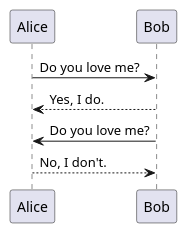
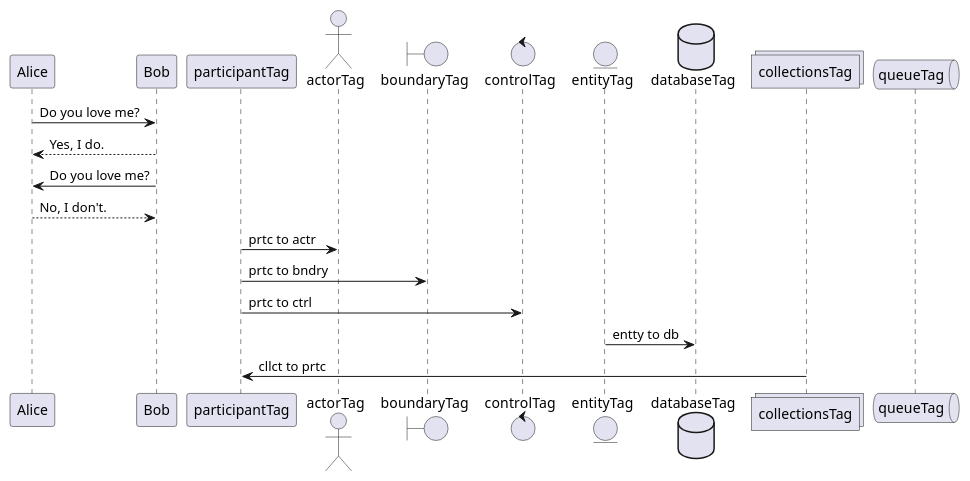
Before and after one commit to communication-engineer-ikz/plant-uml-playground: the diagram in sequence-diagram.pu, drawn with PlantUML.

Commit message:
分類子を使った図を追加

```diff
--- a/sequence-diagram.pu
+++ b/sequence-diagram.pu
@@ -1,7 +1,23 @@
 @startuml sequence-diagram
 Alice -> Bob: Do you love me?
 Bob --> Alice: Yes, I do.
 
 Alice <- Bob: Do you love me?
 Bob <-- Alice: No, I don't.
+
+participant participantTag as prtc
+actor actorTag as actr
+boundary boundaryTag as bndry
+control controlTag as ctrl
+entity entityTag as entty
+database databaseTag as db
+collections collectionsTag as cllct
+queue queueTag as q
+
+prtc -> actr: prtc to actr
+prtc -> bndry: prtc to bndry
+prtc -> ctrl: prtc to ctrl
+entty -> db: entty to db
+cllct -> prtc: cllct to prtc
+
 @enduml
```
